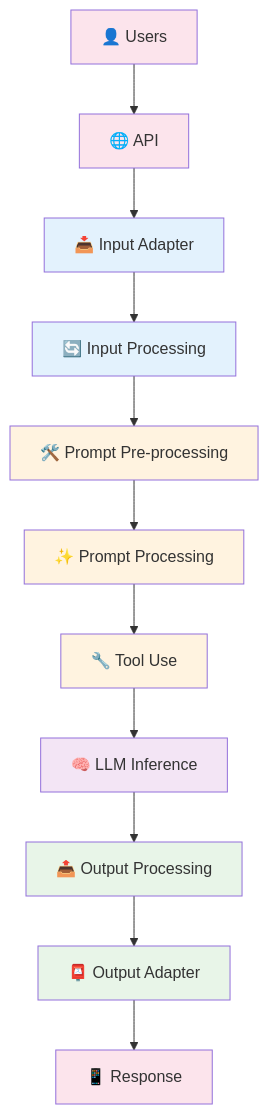
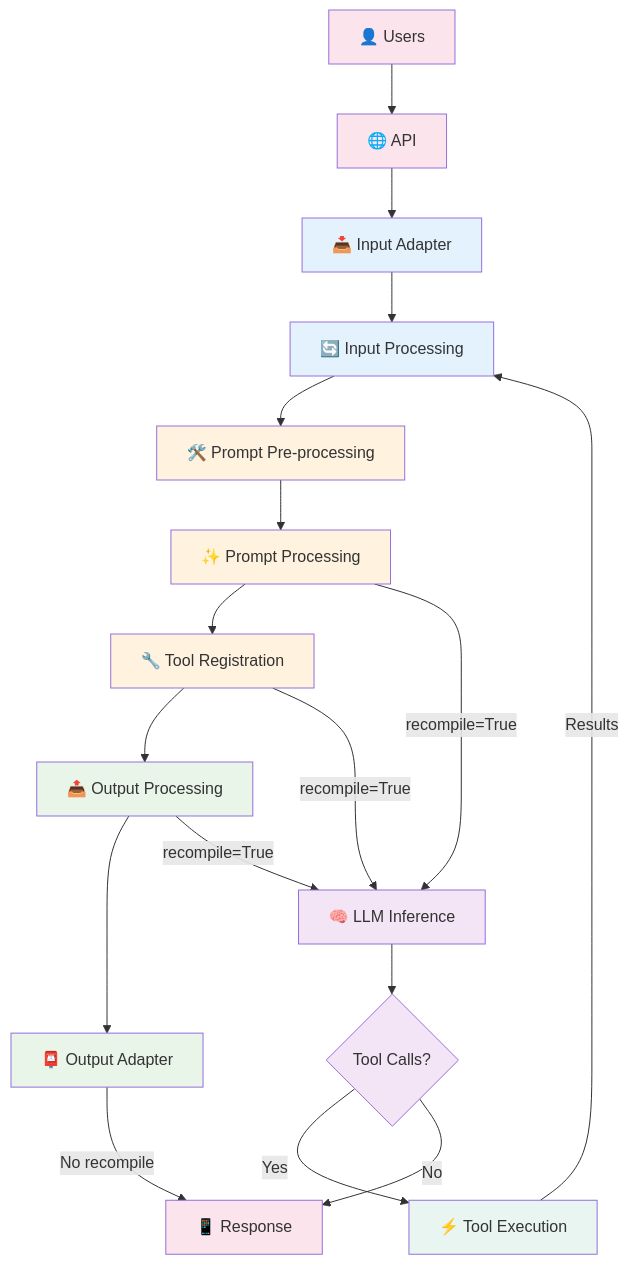
One commit to Ladvien/entity changed the first of 4 diagrams in README.md. Above: the diagram before and after it, drawn with Mermaid. The commit also changed other lines of this file, not shown here.

Commit message:
Still working on architecture, back off dude!  jk, luv u.

````diff
--- a/README.md
+++ b/README.md
@@ -9,26 +9,38 @@
 ```mermaid
 flowchart TD
     Users[👤 Users] --> API[🌐 API]
     API --> IA[📥 Input Adapter]
     IA --> IP[🔄 Input Processing]
     IP --> PPP[🛠️ Prompt Pre-processing]
     PPP --> PP[✨ Prompt Processing]
-    PP --> TU[🔧 Tool Use]
-    TU --> LLM[🧠 LLM Inference]
-    LLM --> OP[📤 Output Processing]
+    PP --> TR[🔧 Tool Registration]
+    TR --> OP[📤 Output Processing]
     OP --> OA[📮 Output Adapter]
-    OA --> Response[📱 Response]
+    
+    %% LLM Inference Branch
+    TR --> |recompile=True| LLM[🧠 LLM Inference]
+    PP --> |recompile=True| LLM
+    OP --> |recompile=True| LLM
+    
+    LLM --> TC{Tool Calls?}
+    TC --> |Yes| TE[⚡ Tool Execution]
+    TC --> |No| Response[📱 Response]
+    TE --> |Results| IP
+    
+    OA --> |No recompile| Response
     
     %% Styling
     classDef input fill:#e3f2fd
     classDef processing fill:#fff3e0
     classDef llm fill:#f3e5f5
     classDef output fill:#e8f5e8
     classDef endpoints fill:#fce4ec
+    classDef tools fill:#e8f5f0
     
     class Users,API,Response endpoints
     class IA,IP input
-    class PPP,PP,TU processing
-    class LLM llm
+    class PPP,PP,TR processing
+    class LLM,TC llm
     class OP,OA output
+    class TE tools
 ```
````
